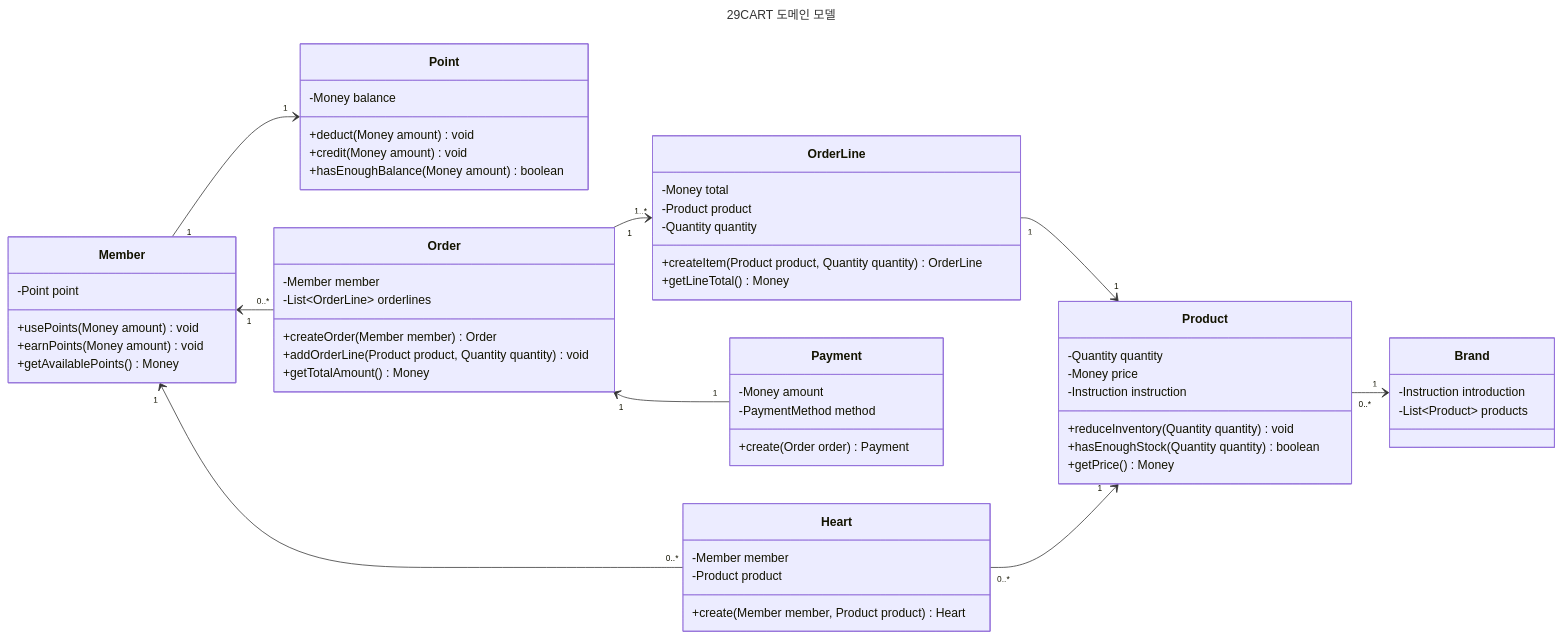
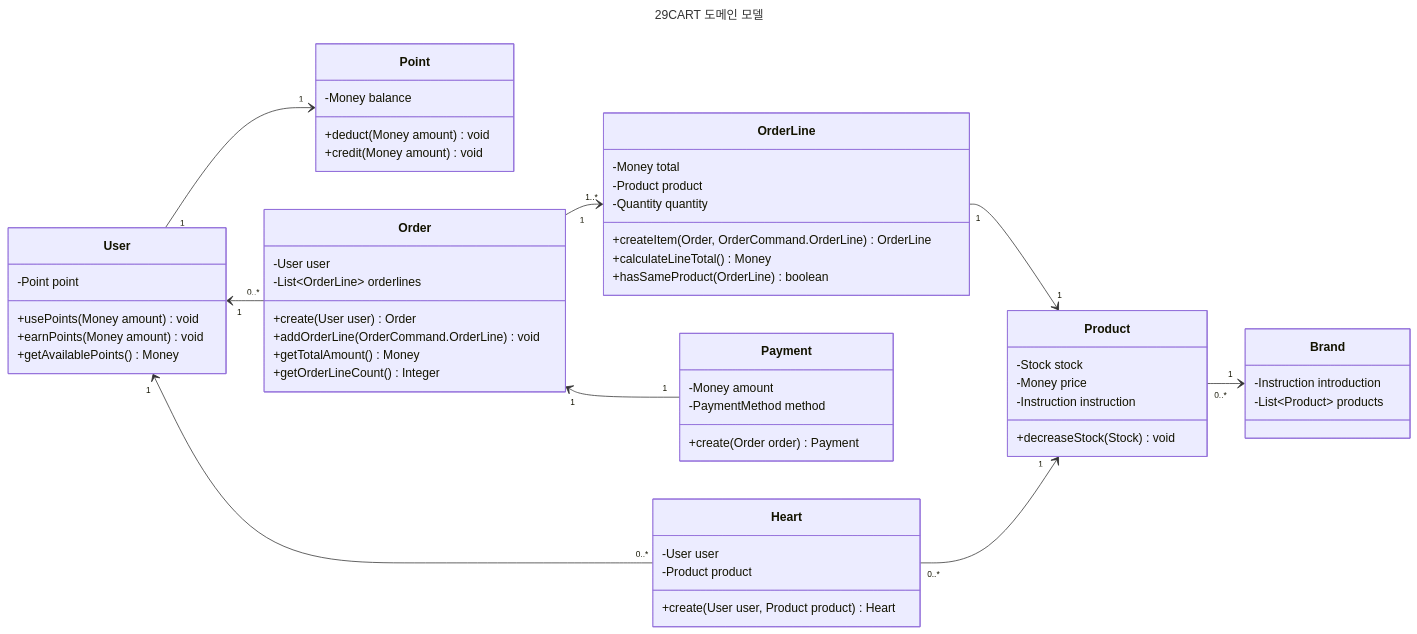
One commit to donghun0508/loopers-ecommerce changed the diagram in docs/design/domains/03-class-diagrams.md. Above: the diagram before and after it, drawn with Mermaid. The commit also changed 9 other files, not shown here.

````diff
--- a/docs/design/domains/03-class-diagrams.md
+++ b/docs/design/domains/03-class-diagrams.md
@@ -1,73 +1,72 @@
 ```mermaid
 ---
 title: 29CART 도메인 모델
 ---
 classDiagram
     direction LR
 
-    class Member {
+    class User {
         -Point point
         +usePoints(Money amount) void
         +earnPoints(Money amount) void
         +getAvailablePoints() Money
     }
 
     class Point {
         -Money balance
         +deduct(Money amount) void
         +credit(Money amount) void
-        +hasEnoughBalance(Money amount) boolean
     }
 
     class Brand {
         -Instruction introduction
         -List~Product~ products
     }
 
     class Heart {
-        -Member member
+        -User user
         -Product product
-        +create(Member member, Product product) Heart
+        +create(User user, Product product) Heart
     }
 
     class Product {
-        -Quantity quantity
+        -Stock stock
         -Money price
         -Instruction instruction
-        +reduceInventory(Quantity quantity) void
-        +hasEnoughStock(Quantity quantity) boolean
-        +getPrice() Money
+        +decreaseStock(Stock) void
     }
 
     class Order {
-        -Member member
+        -User user
         -List~OrderLine~ orderlines
-        +createOrder(Member member) Order
-        +addOrderLine(Product product, Quantity quantity) void
+        +create(User user) Order
+        +addOrderLine(OrderCommand.OrderLine) void
         +getTotalAmount() Money
+        +getOrderLineCount() Integer
     }
 
     class OrderLine {
         -Money total
         -Product product
         -Quantity quantity
-        +createItem(Product product, Quantity quantity) OrderLine
-        +getLineTotal() Money
+        +createItem(Order, OrderCommand.OrderLine) OrderLine
+        +calculateLineTotal() Money
+        +hasSameProduct(OrderLine) boolean
     }
 
     class Payment {
         -Money amount
         -PaymentMethod method
         +create(Order order) Payment
     }
 
-    Member "1" --> "1" Point
-    Member "1" <-- "0..*" Order
-    Member "1" <-- "0..*" Heart
+    User "1" --> "1" Point
+    User "1" <-- "0..*" Order
+    User "1" <-- "0..*" Heart
     Order "1" --> "1..*" OrderLine
     Order "1" <-- "1" Payment
     OrderLine "1" --> "1" Product
     Heart "0..*" --> "1" Product
     Product "0..*" --> "1" Brand
     
 ```
````
